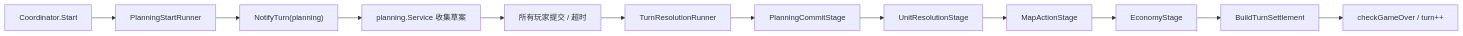
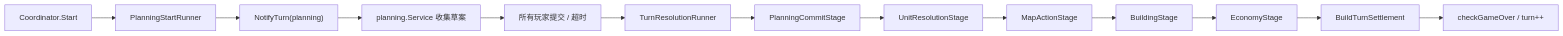
The first of 2 diagrams in docs/SERVER_RUNTIME_ARCHITECTURE.md (elebirds/panoptes), drawn with Mermaid before and after one commit. The commit also changed other lines of this file and 33 other files, not shown here.

````diff
--- a/docs/SERVER_RUNTIME_ARCHITECTURE.md
+++ b/docs/SERVER_RUNTIME_ARCHITECTURE.md
@@ -35,14 +35,15 @@
 ```mermaid
 flowchart LR
     A["Coordinator.Start"] --> B["PlanningStartRunner"]
     B --> C["NotifyTurn(planning)"]
     C --> D["planning.Service 收集草案"]
     D --> E["所有玩家提交 / 超时"]
     E --> F["TurnResolutionRunner"]
     F --> G["PlanningCommitStage"]
     G --> H["UnitResolutionStage"]
     H --> I["MapActionStage"]
-    I --> J["EconomyStage"]
-    J --> K["BuildTurnSettlement"]
-    K --> L["checkGameOver / turn++"]
+    I --> J["BuildingStage"]
+    J --> K["EconomyStage"]
+    K --> L["BuildTurnSettlement"]
+    L --> M["checkGameOver / turn++"]
 ```
````
